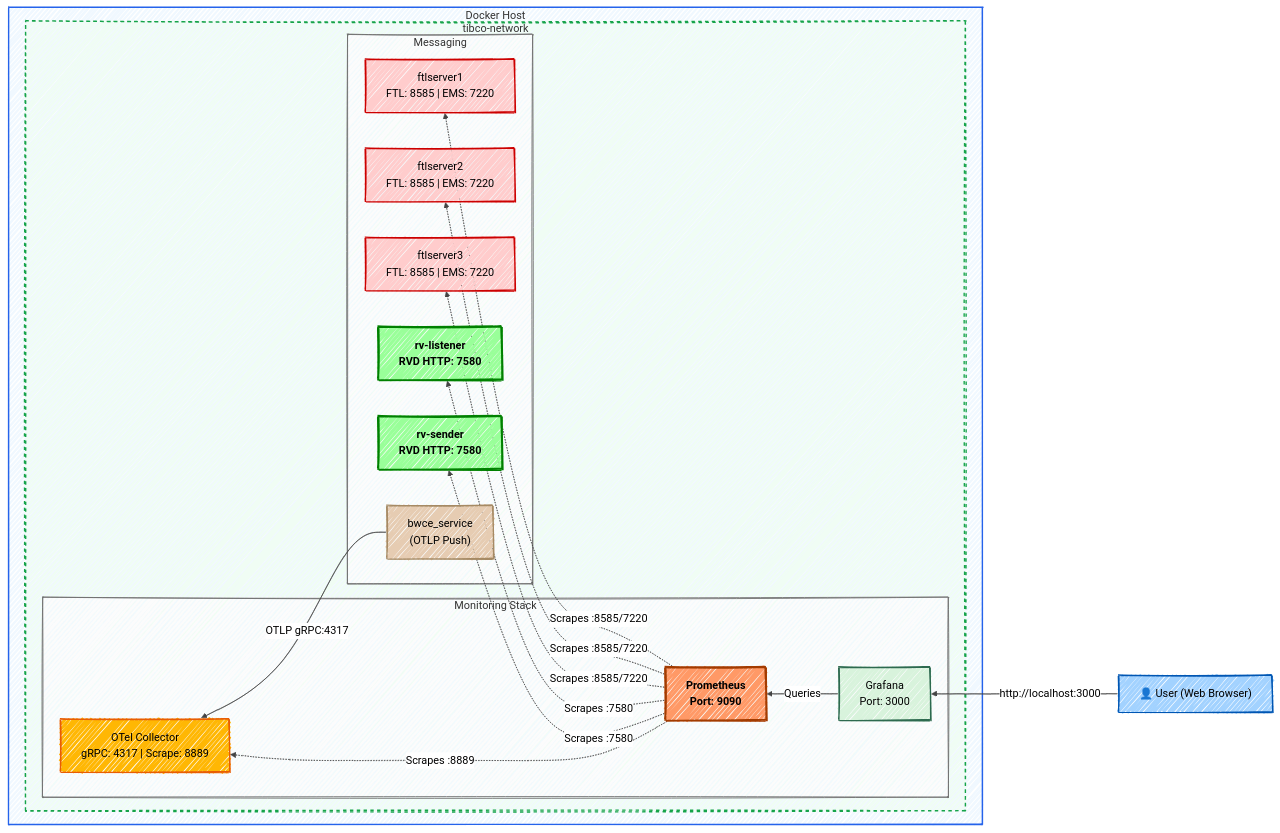
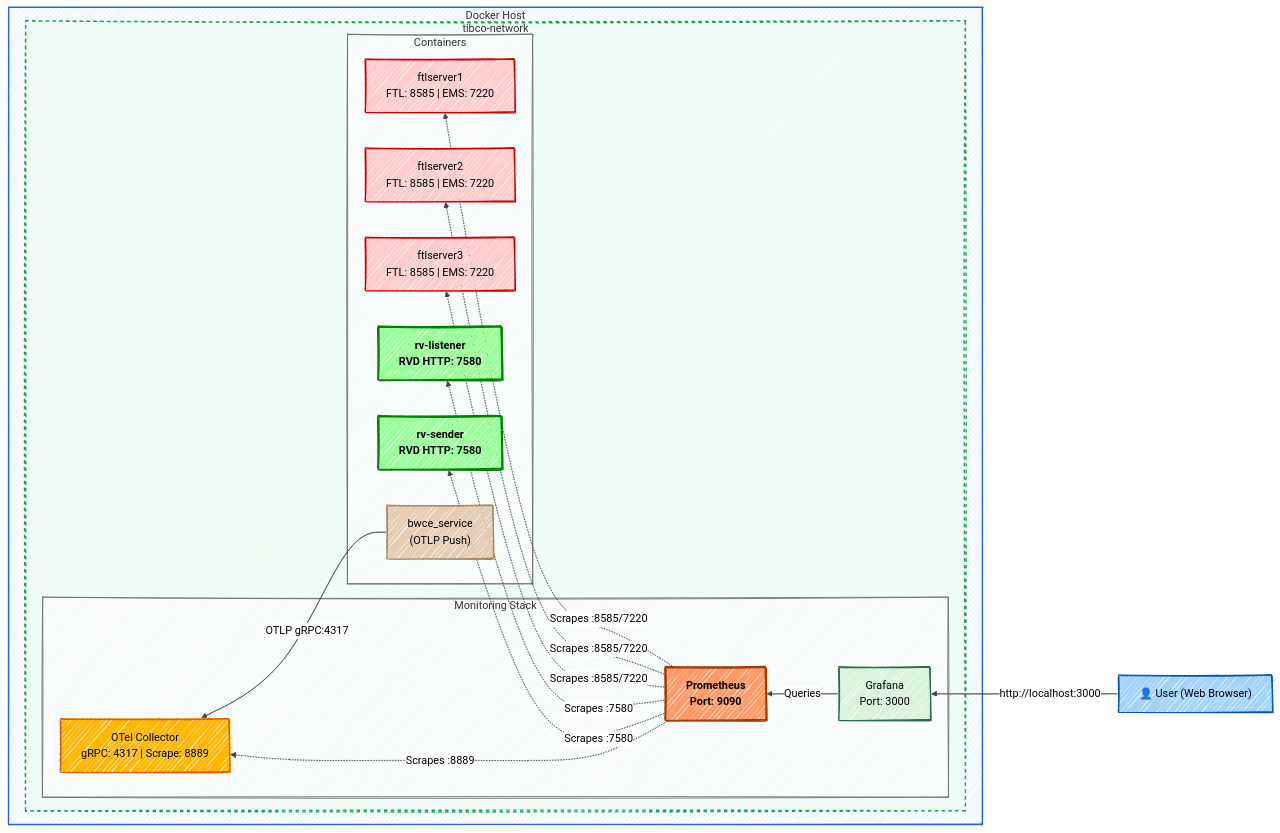
Before and after one commit to toininoi/license-demo: the diagram in README.md, drawn with Mermaid.

````diff
--- a/README.md
+++ b/README.md
@@ -16,78 +16,78 @@
 ```mermaid
 %%{init: {
   'theme': 'base', 
   'look': 'handDrawn', 
   'themeVariables': { 
     'fontFamily': 'Comic Sans MS, cursive',
     'primaryColor': '#ffffff',
     'mainBkg': '#ffffff',
     'lineColor': '#444444'
   }
 }}%%
 
 %%{init: {'theme': 'neutral'}}%%
 graph RL
     User["👤 User (Web Browser)"]
 
     subgraph DockerHost[Docker Host]
         subgraph DockerNetwork[tibco-network]
             
             %% Monitoring Stack
             subgraph Monitoring[Monitoring Stack]
 
                 Grafana["Grafana<br/>Port: 3000"]
                 Prometheus["Prometheus<br/>Port: 9090"]
                 OTEL["OTel Collector<br/>gRPC: 4317 | Scrape: 8889"]
             end
 
             %% BWCE
             
 
             %% Messaging
-            subgraph TibcoCluster[Messaging]
+            subgraph TibcoCluster[Containers]
                 FTL1["ftlserver1<br/>FTL: 8585 | EMS: 7220"]
                 FTL2["ftlserver2<br/>FTL: 8585 | EMS: 7220"]
                 FTL3["ftlserver3<br/>FTL: 8585 | EMS: 7220"]
                 RVL["rv-listener<br/>RVD HTTP: 7580"]
                 RVS["rv-sender<br/>RVD HTTP: 7580"]
                 BWCE["bwce_service<br/>(OTLP Push)"]
                           
             end
 
            
             
         end
     end
 
 
     %% Push Flow
     BWCE -->|OTLP gRPC:4317| OTEL
 
     %% Connections
     User -->|http://localhost:3000| Grafana
     Grafana -->|Queries| Prometheus
     
 
     
     %% Pull/Scrape Flow
     Prometheus -.->|Scrapes :8889| OTEL
     Prometheus -.->|Scrapes :8585/7220| FTL1
     Prometheus -.->|Scrapes :8585/7220| FTL2
     Prometheus -.->|Scrapes :8585/7220| FTL3
     Prometheus -.->|Scrapes :7580| RVL
     Prometheus -.->|Scrapes :7580| RVS
 
     %% Styling
     style DockerHost fill:#f0f8ff,stroke:#2563eb,stroke-width:2px
     style DockerNetwork fill:#f0fdf4,stroke:#16a34a,stroke-width:2px,stroke-dasharray: 5 5
     style User fill:#a2d2ff,stroke:#0056b3,stroke-width:2px,rx:10,ry:10,color:#000
     style Grafana fill:#d8f3dc,stroke:#2d6a4f,stroke-width:2px,rx:10,ry:10,color:#000
     style Prometheus fill:#f96,stroke:#a33b00,stroke-width:3px,color:#000,font-weight:bold
     style OTEL fill:#ffb703,stroke:#e85d04,stroke-width:2px,rx:10,ry:10,color:#000
     style BWCE fill:#e6ccb2,stroke:#a68a64,stroke-width:2px,rx:10,ry:10,color:#000
     style FTL1 fill:#ffcccc,stroke:#cc0000,stroke-width:2px,rx:10,ry:10,color:#000
     style FTL2 fill:#ffcccc,stroke:#cc0000,stroke-width:2px,rx:10,ry:10,color:#000
     style FTL3 fill:#ffcccc,stroke:#cc0000,stroke-width:2px,rx:10,ry:10,color:#000
     style RVL fill:#9f9,stroke:#008000,stroke-width:3px,color:#000,font-weight:bold
     style RVS fill:#9f9,stroke:#008000,stroke-width:3px,color:#000,font-weight:bold   
 ```
````
